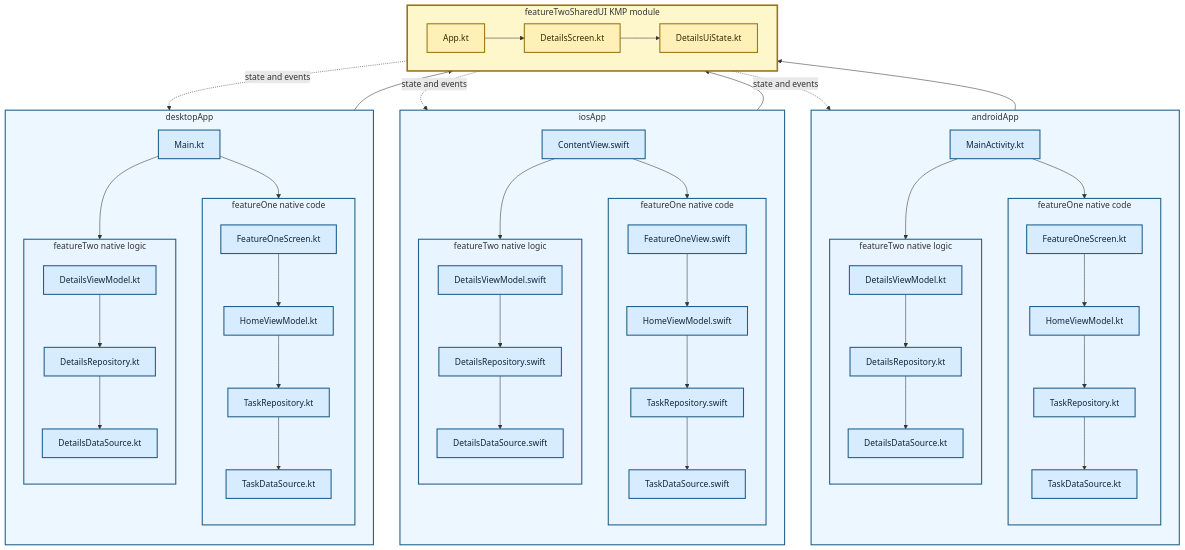
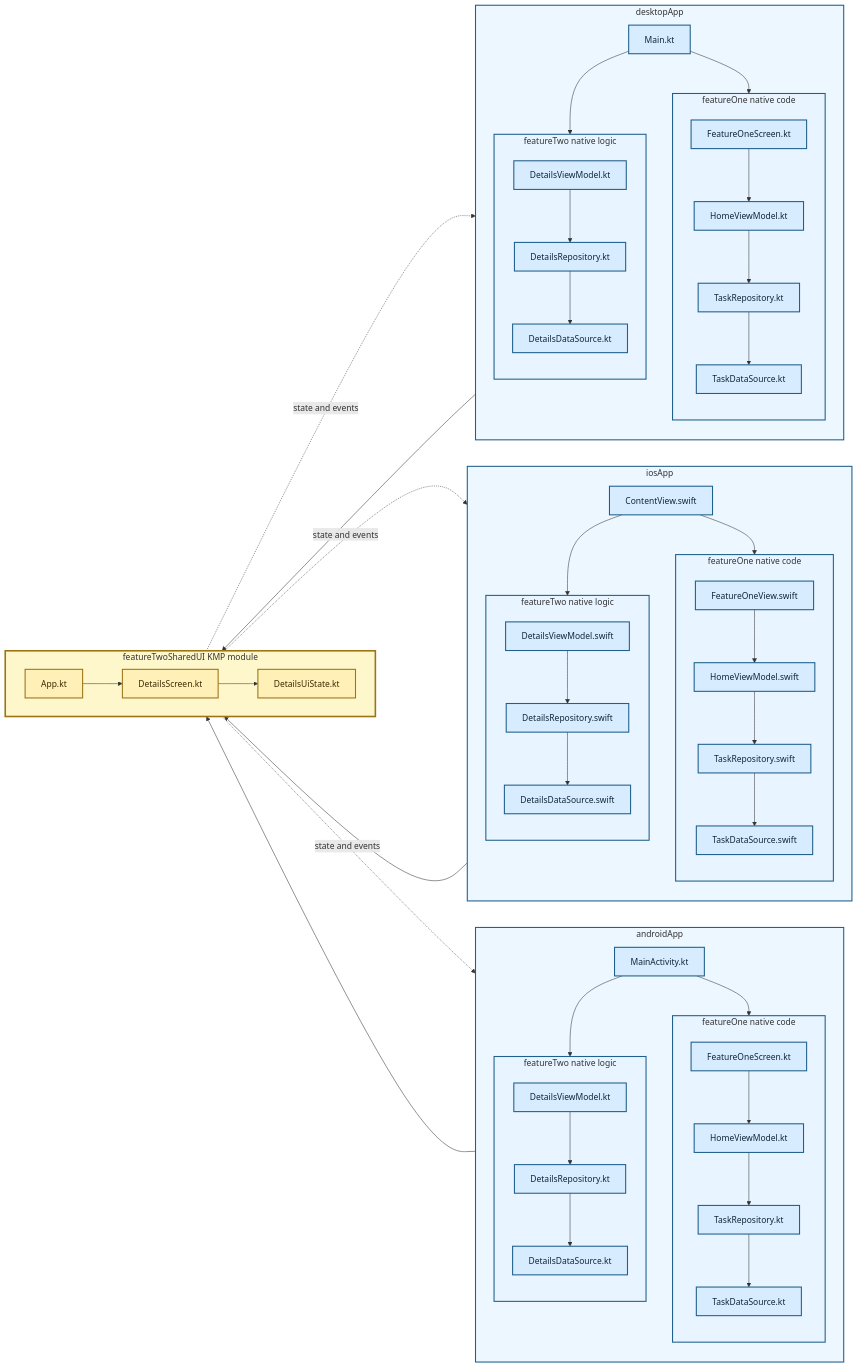
One commit to TheSetox/kmp-sample-diagrams changed the diagram in diagrams/12-modular-kmp-ui-layer.md. Above: the diagram before and after it, drawn with Mermaid. The commit also changed 25 other files, not shown here.

Commit message:
docs: improve diagram readability

````diff
--- a/diagrams/12-modular-kmp-ui-layer.md
+++ b/diagrams/12-modular-kmp-ui-layer.md
@@ -5,5 +5,5 @@
 ```mermaid
-flowchart TB
+flowchart LR
   subgraph Android["androidApp"]
     direction TB
     AEntry["MainActivity.kt"]
````
